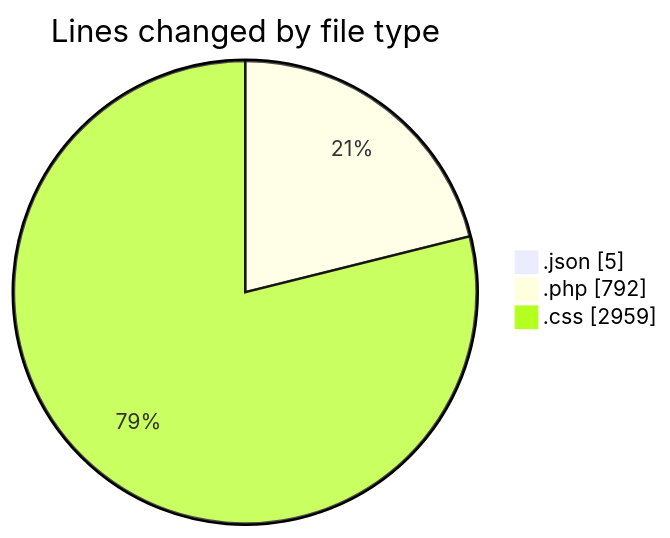
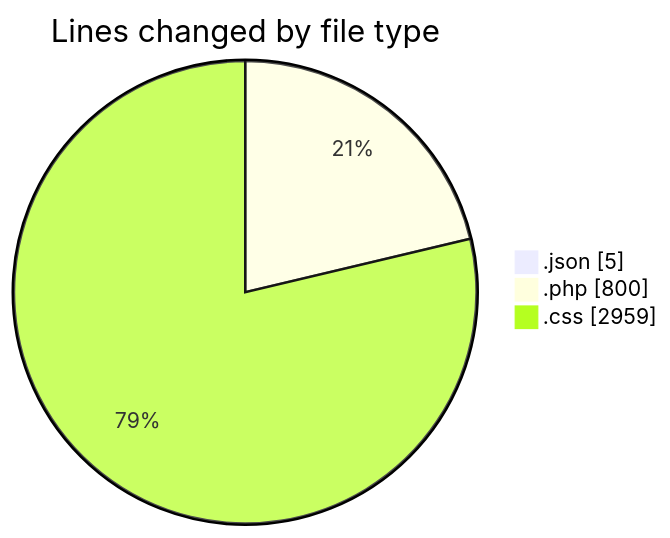
The first of 2 diagrams in 2026-07-01/wp-content/README.md (debugP/code-tracking), drawn with Mermaid before and after one commit. The commit also changed other lines of this file and 1 other file, not shown here.

````diff
--- a/2026-07-01/wp-content/README.md
+++ b/2026-07-01/wp-content/README.md
@@ -26,7 +26,7 @@
 ```mermaid
 pie showData
 title Lines changed by file type
 ".json" : 5
-".php" : 792
+".php" : 800
 ".css" : 2959
 ```
````
